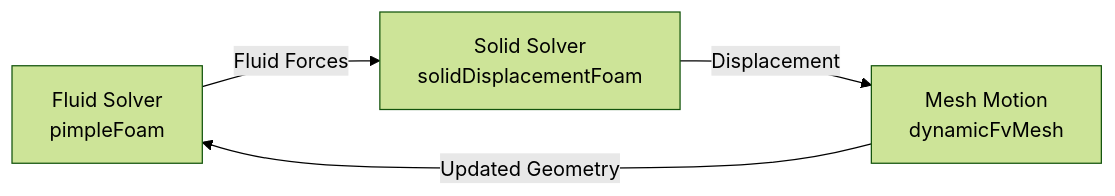
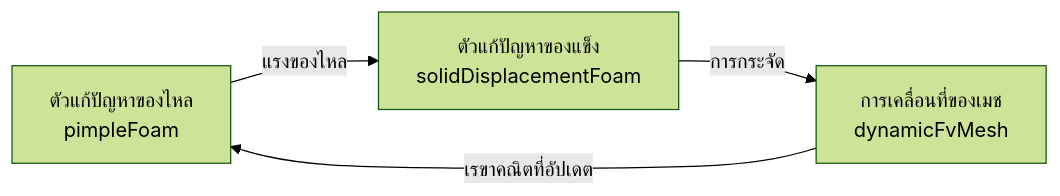
The second of 3 diagrams in MODULE_06_ADVANCED_PHYSICS/CONTENT/02_COUPLED_PHYSICS/06_Exercises.md (wramet/build-my-cfd), drawn with Mermaid (forest theme) before and after one commit. The commit also changed other lines of this file and 104 other files, not shown here.

````diff
--- a/MODULE_06_ADVANCED_PHYSICS/CONTENT/02_COUPLED_PHYSICS/06_Exercises.md
+++ b/MODULE_06_ADVANCED_PHYSICS/CONTENT/02_COUPLED_PHYSICS/06_Exercises.md
@@ -547,6 +547,6 @@
 ```mermaid
 flowchart LR
-    A[Fluid Solver<br/>pimpleFoam] -->|Fluid Forces| B[Solid Solver<br/>solidDisplacementFoam]
-    B -->|Displacement| C[Mesh Motion<br/>dynamicFvMesh]
-    C -->|Updated Geometry| A
+    A[ตัวแก้ปัญหาของไหล<br/>pimpleFoam] -->|แรงของไหล| B[ตัวแก้ปัญหาของแข็ง<br/>solidDisplacementFoam]
+    B -->|การกระจัด| C[การเคลื่อนที่ของเมช<br/>dynamicFvMesh]
+    C -->|เรขาคณิตที่อัปเดต| A
 ```
````
